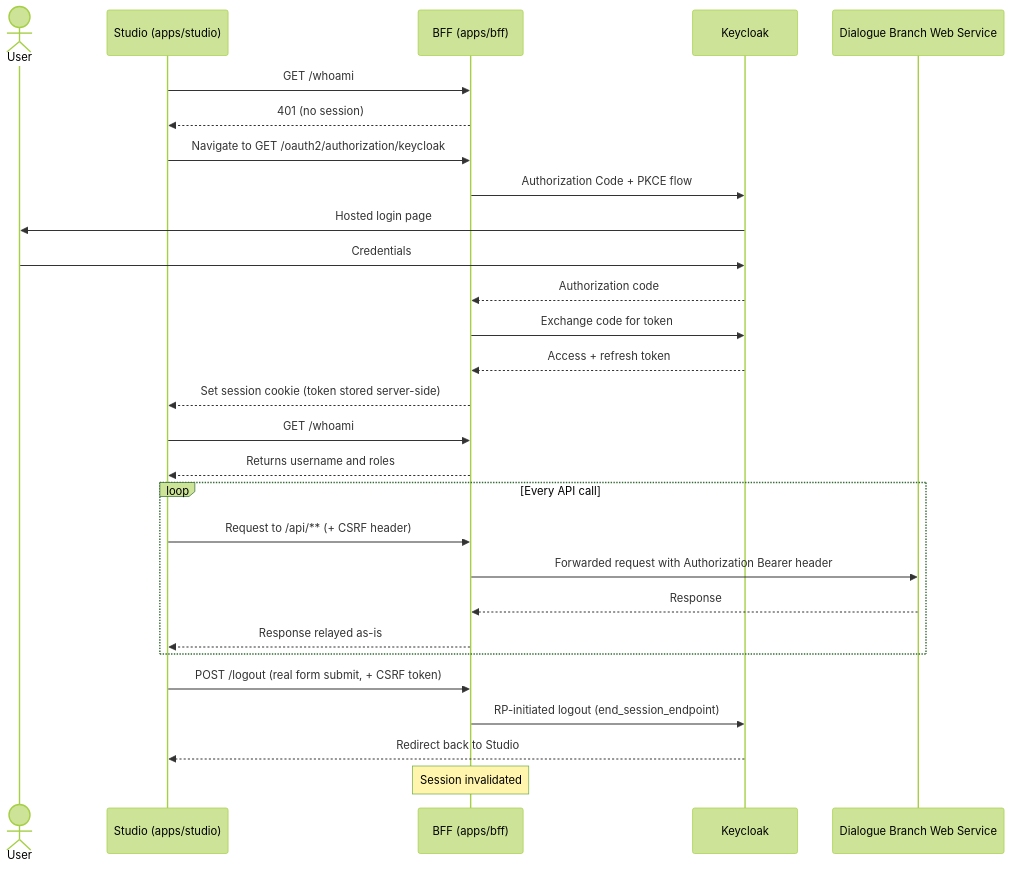
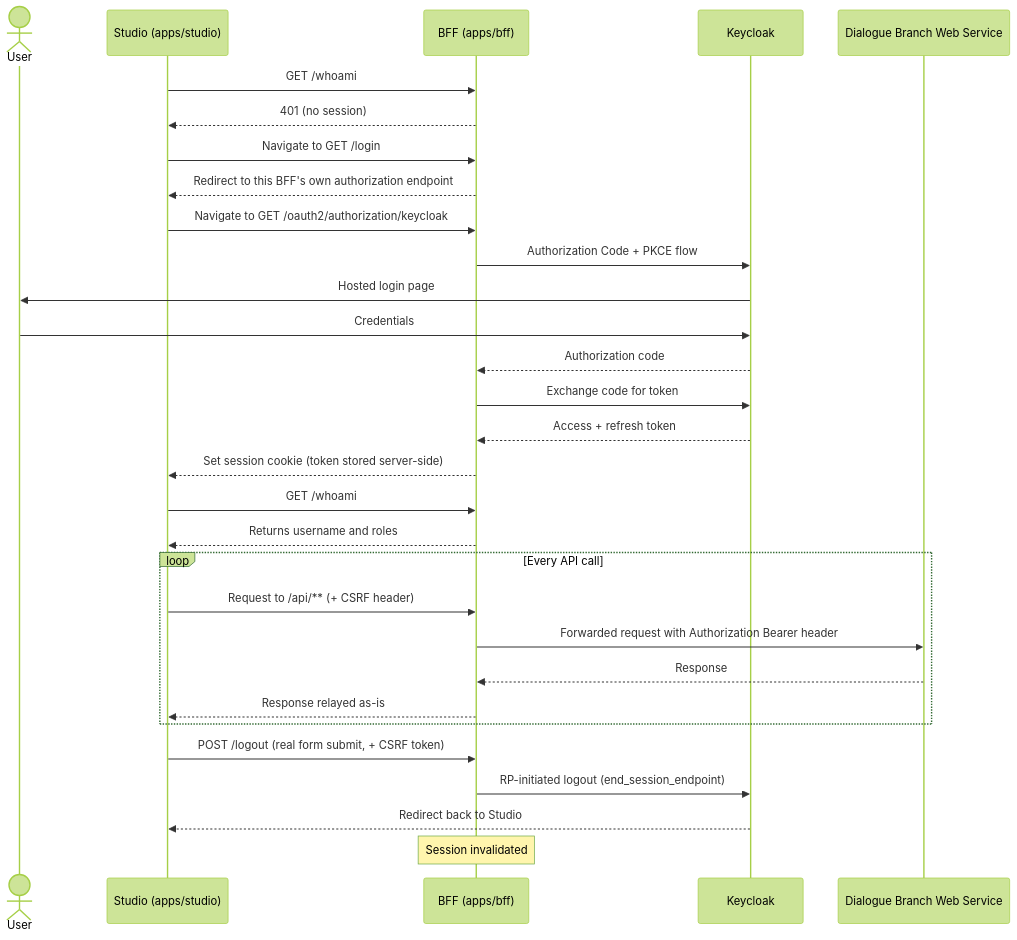
The second of 3 diagrams in documentation/vitepress/docs/web-services/authentication.md (dialoguebranch/platform), drawn with Mermaid (forest theme) before and after one commit. The commit also changed other lines of this file and 7 other files, not shown here.

First line of the commit message:
BFF: replace Studio's hardcoded login trigger with a generic /login end-point

````diff
--- a/documentation/vitepress/docs/web-services/authentication.md
+++ b/documentation/vitepress/docs/web-services/authentication.md
@@ -58,34 +58,36 @@
 ```mermaid
 sequenceDiagram
     actor User
     participant Browser as Studio (apps/studio)
     participant BFF as BFF (apps/bff)
     participant Keycloak
     participant API as Dialogue Branch Web Service
 
     Browser->>BFF: GET /whoami
     BFF-->>Browser: 401 (no session)
+    Browser->>BFF: Navigate to GET /login
+    BFF-->>Browser: Redirect to this BFF's own authorization endpoint
     Browser->>BFF: Navigate to GET /oauth2/authorization/keycloak
     BFF->>Keycloak: Authorization Code + PKCE flow
     Keycloak->>User: Hosted login page
     User->>Keycloak: Credentials
     Keycloak-->>BFF: Authorization code
     BFF->>Keycloak: Exchange code for token
     Keycloak-->>BFF: Access + refresh token
     BFF-->>Browser: Set session cookie (token stored server-side)
 
     Browser->>BFF: GET /whoami
     BFF-->>Browser: Returns username and roles
 
     loop Every API call
         Browser->>BFF: Request to /api/** (+ CSRF header)
         BFF->>API: Forwarded request with Authorization Bearer header
         API-->>BFF: Response
         BFF-->>Browser: Response relayed as-is
     end
 
     Browser->>BFF: POST /logout (real form submit, + CSRF token)
     BFF->>Keycloak: RP-initiated logout (end_session_endpoint)
     Keycloak-->>Browser: Redirect back to Studio
     Note over BFF: Session invalidated
 ```
````
